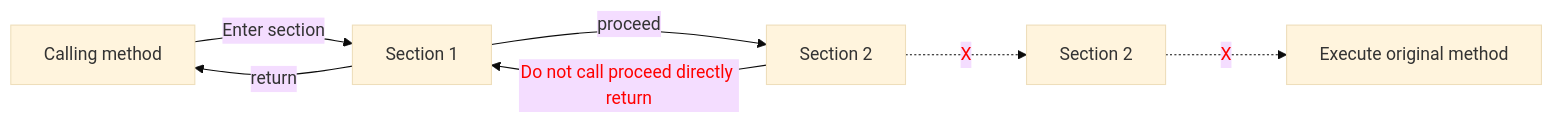
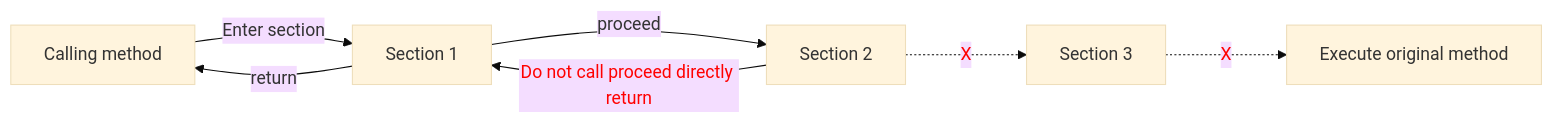
Before and after one commit to FlyJingFish/AndroidAOP: the third of 3 diagrams in docs/ProceedJoinPoint.md, drawn with Mermaid (base theme). The commit also changed 1 other file, not shown here.

Commit message:
1、修改文档

````diff
--- a/docs/ProceedJoinPoint.md
+++ b/docs/ProceedJoinPoint.md
@@ -57,9 +57,9 @@
 ``` mermaid
 graph LR
 Call[Calling method] --> |Enter section| A[Section 1];
 A --> |proceed| B[Section 2];
-B -..-> |<span style='color:red'>X</span>| C[Section 2];
+B -..-> |<span style='color:red'>X</span>| C[Section 3];
 C -..-> |<span style='color:red'>X</span>| From[Execute original method];
 B --> |<span style='color:red'>Do not call proceed directly return</span>| A;
 A --> |return| Call;
 ```
````
